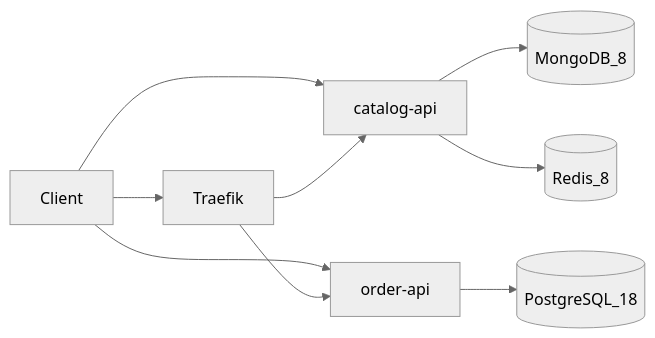
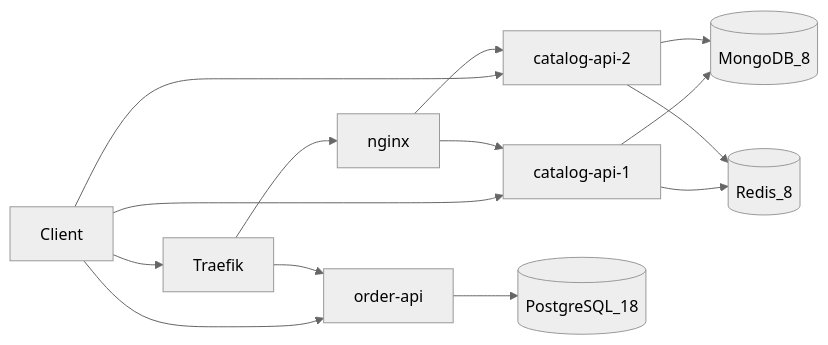
Before and after one commit to ianckc/streamshop-distributed-system: the first of 2 diagrams in docs/docs/architecture/overview.mdx, drawn with Mermaid (neutral theme). The commit also changed other lines of this file and 17 other files, not shown here.

Commit message:
Add nginx and catalog-api replicas (#18)

````diff
--- a/docs/docs/architecture/overview.mdx
+++ b/docs/docs/architecture/overview.mdx
@@ -11,11 +11,16 @@
 ```mermaid
 flowchart LR
   Client[Client] --> Traefik[Traefik]
-  Client --> CatalogAPI[catalog-api]
+  Client --> Catalog1[catalog-api-1]
+  Client --> Catalog2[catalog-api-2]
   Client --> OrderAPI[order-api]
-  Traefik --> CatalogAPI
+  Traefik --> Nginx[nginx]
   Traefik --> OrderAPI
-  CatalogAPI --> Mongo[(MongoDB_8)]
-  CatalogAPI --> Redis[(Redis_8)]
+  Nginx --> Catalog1
+  Nginx --> Catalog2
+  Catalog1 --> Mongo[(MongoDB_8)]
+  Catalog2 --> Mongo
+  Catalog1 --> Redis[(Redis_8)]
+  Catalog2 --> Redis
   OrderAPI --> Postgres[(PostgreSQL_18)]
 ```
````
